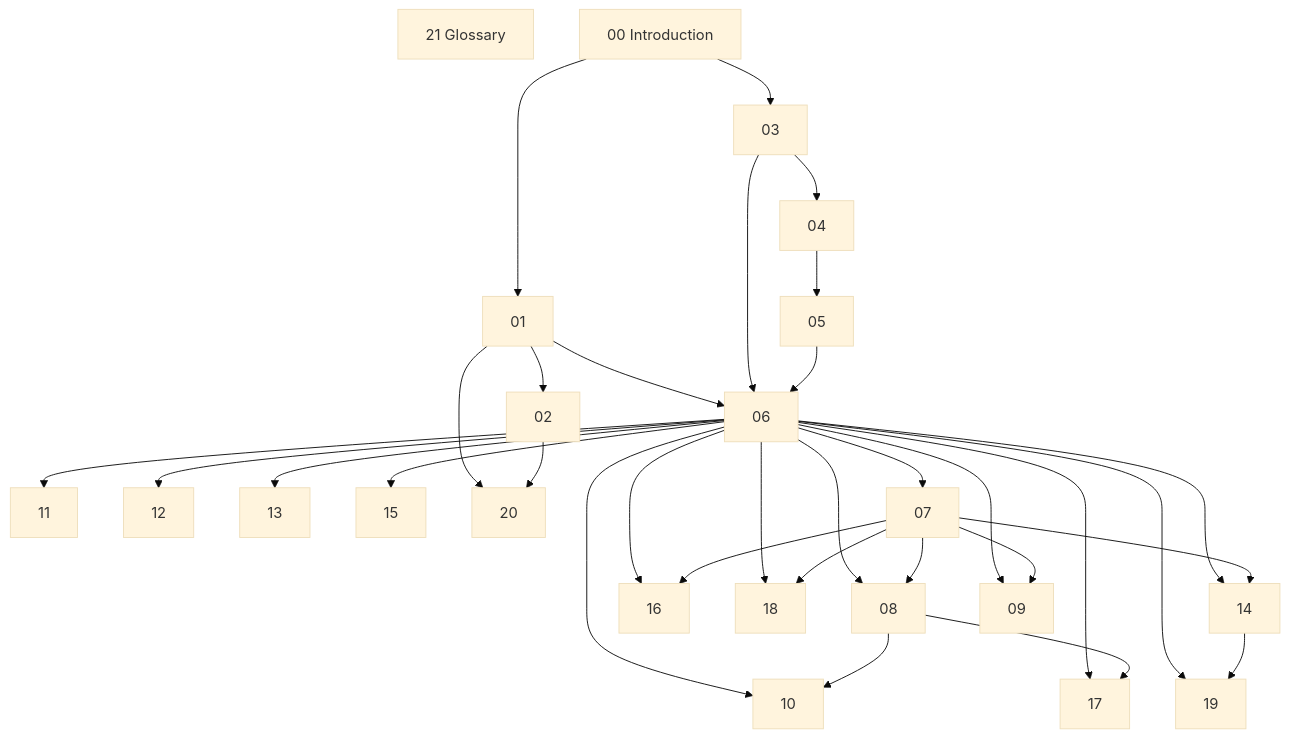
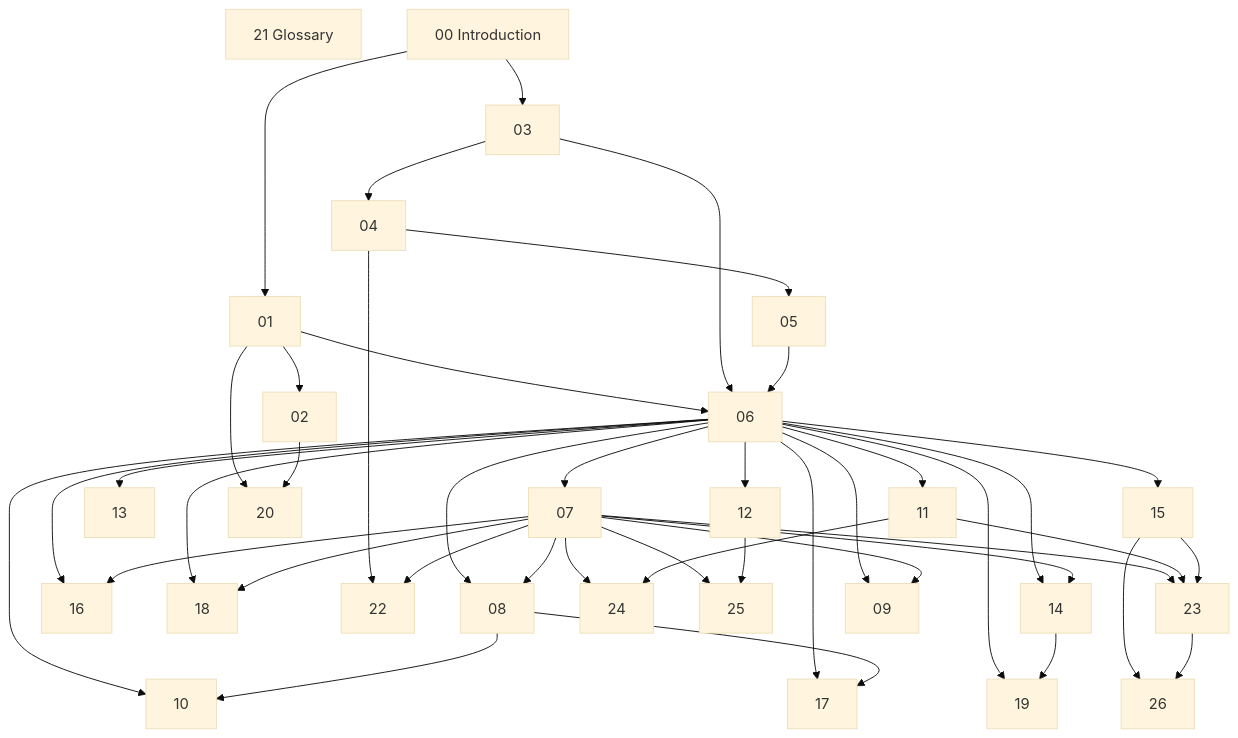
The diagram in handbook/KNOWLEDGE_GRAPH.md (willianmarcel/agent-platform-engineering-framework), drawn with Mermaid (base theme) before and after one commit. The commit also changed other lines of this file and 17 other files, not shown here.

````diff
--- a/handbook/KNOWLEDGE_GRAPH.md
+++ b/handbook/KNOWLEDGE_GRAPH.md
@@ -9,36 +9,47 @@
 ```mermaid
 graph TD
   00["00 Introduction"]
   00 --> 01
   01 --> 02
   00 --> 03
   03 --> 04
   04 --> 05
   01 --> 06
   03 --> 06
   05 --> 06
   06 --> 07
   06 --> 08
   07 --> 08
   06 --> 09
   07 --> 09
   06 --> 10
   08 --> 10
   06 --> 11
   06 --> 12
   06 --> 13
   06 --> 14
   07 --> 14
   06 --> 15
   06 --> 16
   07 --> 16
   06 --> 17
   08 --> 17
   06 --> 18
   07 --> 18
   06 --> 19
   14 --> 19
   01 --> 20
   02 --> 20
   21["21 Glossary"]
+  04 --> 22
+  07 --> 22
+  07 --> 23
+  11 --> 23
+  15 --> 23
+  07 --> 24
+  11 --> 24
+  07 --> 25
+  12 --> 25
+  15 --> 26
+  23 --> 26
 ```
````
